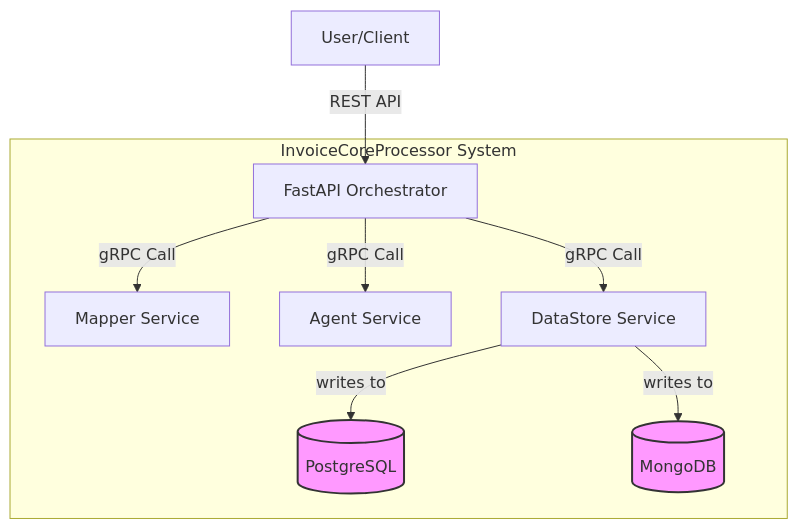
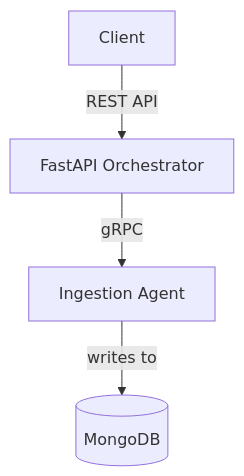
One commit to Alwyn25/Documet-AI-Typhoon changed the diagram in README.md. Above: the diagram before and after it, drawn with Mermaid. The commit also changed other lines of this file and 32 other files, not shown here.

First line of the commit message:
feat: Implement Ingestion Agent and simplified workflow

````diff
--- a/README.md
+++ b/README.md
@@ -29,15 +11,6 @@
 ```mermaid
 graph TD
-    subgraph "InvoiceCoreProcessor System"
-        A[FastAPI Orchestrator] -- gRPC Call --> B[Mapper Service];
-        A -- gRPC Call --> C[Agent Service];
-        A -- gRPC Call --> D[DataStore Service];
-        D -- writes to --> E[(PostgreSQL)];
-        D -- writes to --> F[(MongoDB)];
-    end
-
-    U[User/Client] -- REST API --> A;
-
-    style E fill:#f9f,stroke:#333,stroke-width:2px
-    style F fill:#f9f,stroke:#333,stroke-width:2px
+    U[Client] -- REST API --> O[FastAPI Orchestrator];
+    O -- gRPC --> I[Ingestion Agent];
+    I -- writes to --> MDB[(MongoDB)];
 ```
````
